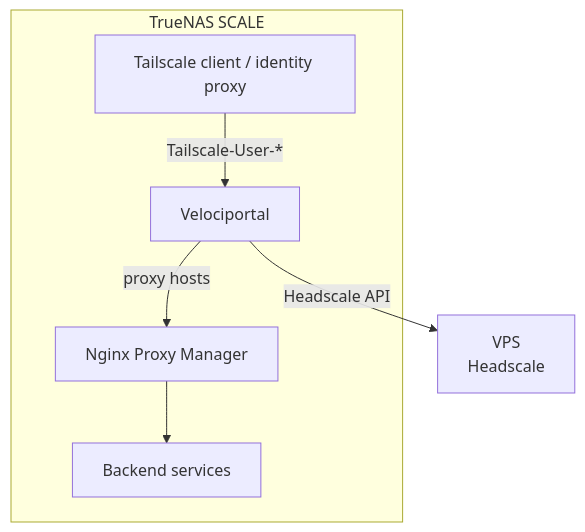
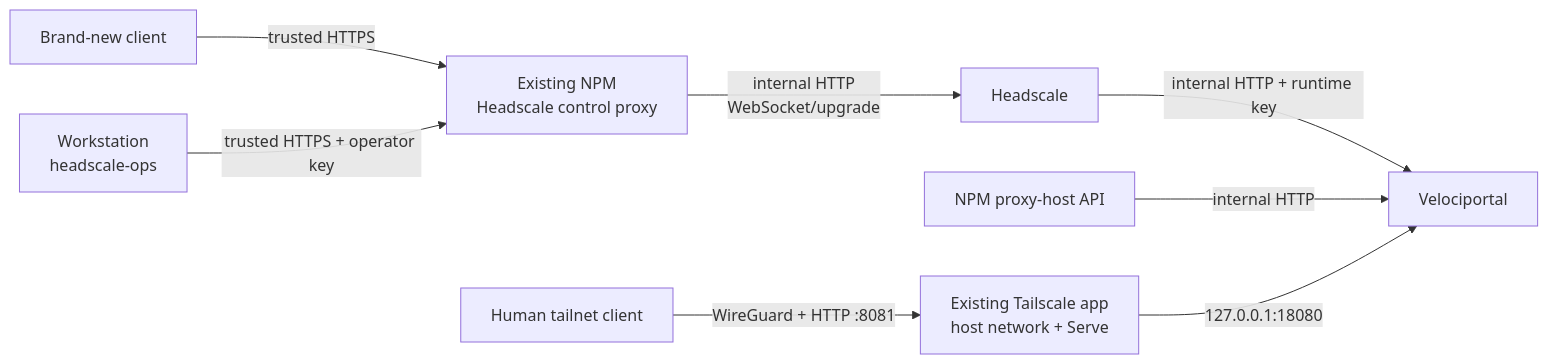
One commit to cybersader/velociportal changed the diagram in docs/guides/truenas-scale.md. Above: the diagram before and after it, drawn with Mermaid. The commit also changed other lines of this file and 51 other files, not shown here.

Commit message:
Implement tailnet-native private transport architecture

````diff
--- a/docs/guides/truenas-scale.md
+++ b/docs/guides/truenas-scale.md
@@ -69,14 +12,10 @@
 ```mermaid
-flowchart TD
-    VPS["VPS<br/>Headscale"]
-    subgraph NAS["TrueNAS SCALE"]
-        TS["Tailscale client / identity proxy"]
-        NPM["Nginx Proxy Manager"]
-        VP["Velociportal"]
-        SVC["Backend services"]
-        VP -->|"proxy hosts"| NPM
-        NPM --> SVC
-        TS -->|"Tailscale-User-*"| VP
-    end
-    VP -->|"Headscale API"| VPS
+flowchart LR
+    NewClient["Brand-new client"] -->|"trusted HTTPS"| NPMControl["Existing NPM<br/>Headscale control proxy"]
+    NPMControl -->|"internal HTTP<br/>WebSocket/upgrade"| HS["Headscale"]
+    Ops["Workstation<br/>headscale-ops"] -->|"trusted HTTPS + operator key"| NPMControl
+    HS -->|"internal HTTP + runtime key"| VP["Velociportal"]
+    Catalog["NPM proxy-host API"] -->|"internal HTTP"| VP
+    Human["Human tailnet client"] -->|"WireGuard + HTTP :8081"| Serve["Existing Tailscale app<br/>host network + Serve"]
+    Serve -->|"127.0.0.1:18080"| VP
 ```
````
